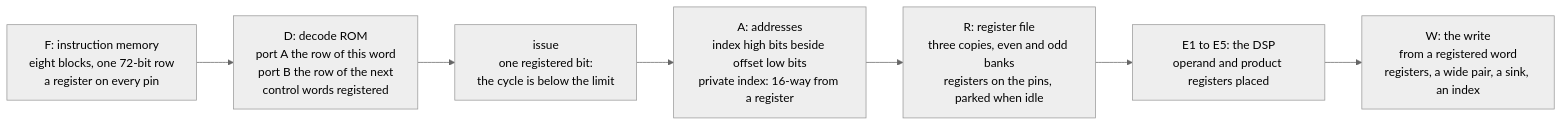
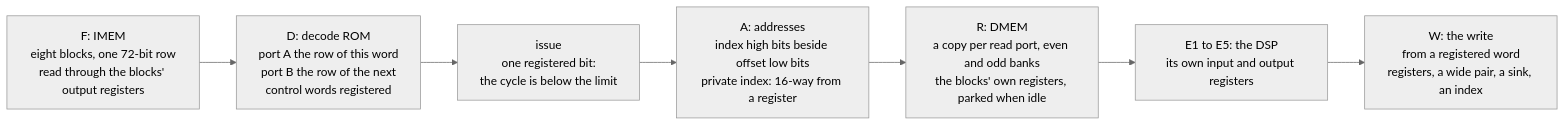
The diagram in docs/csp2_architecture.md (Thorwegian/noaidi-fpga-synth), drawn with Mermaid (neutral theme) before and after one commit. The commit also changed other lines of this file, not shown here.

````diff
--- a/docs/csp2_architecture.md
+++ b/docs/csp2_architecture.md
@@ -42,9 +52,9 @@
 ```mermaid
 flowchart LR
-    F[F: instruction memory<br/>eight blocks, one 72-bit row<br/>a register on every pin] --> D[D: decode ROM<br/>port A the row of this word<br/>port B the row of the next<br/>control words registered]
+    F[F: IMEM<br/>eight blocks, one 72-bit row<br/>read through the blocks' output registers] --> D[D: decode ROM<br/>port A the row of this word<br/>port B the row of the next<br/>control words registered]
     D --> I[issue<br/>one registered bit:<br/>the cycle is below the limit]
     I --> A[A: addresses<br/>index high bits beside offset low bits<br/>private index: 16-way from a register]
-    A --> R[R: register file<br/>three copies, even and odd banks<br/>registers on the pins, parked when idle]
-    R --> E[E1 to E5: the DSP<br/>operand and product registers placed]
+    A --> R[R: DMEM<br/>a copy per read port, even and odd banks<br/>the blocks' own registers, parked when idle]
+    R --> E[E1 to E5: the DSP<br/>its own input and output registers]
     E --> W[W: the write<br/>from a registered word<br/>registers, a wide pair, a sink, an index]
 ```
````
